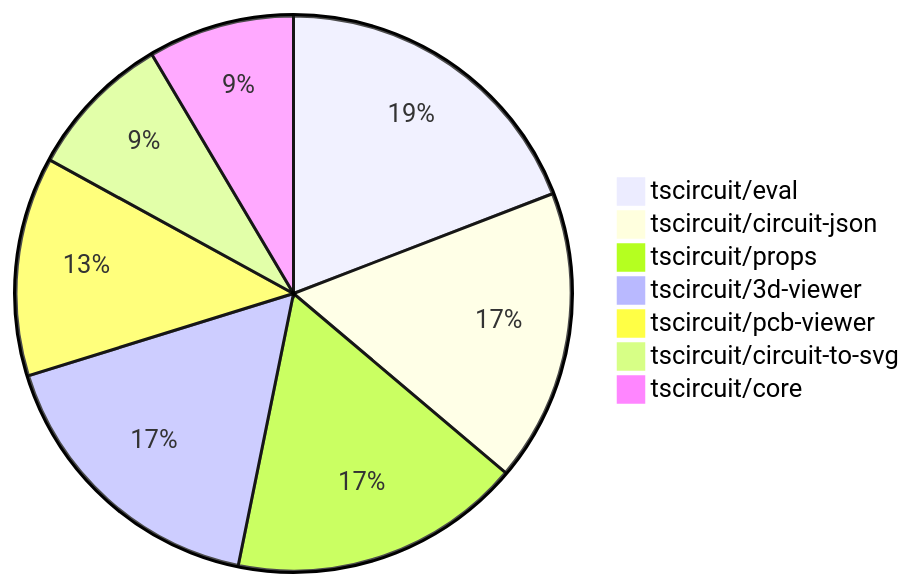
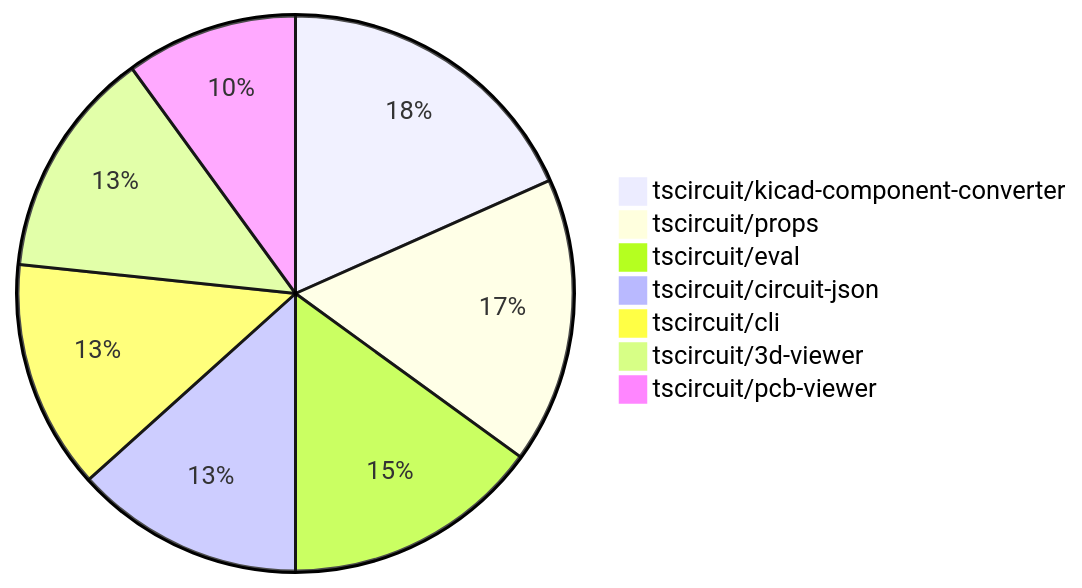
One commit to tscircuit/contribution-tracker changed the second of 2 diagrams in contribution-overviews/2025-09-10.md. Above: the diagram before and after it, drawn with Mermaid. The commit also changed other lines of this file and 3 other files, not shown here.

````diff
--- a/contribution-overviews/2025-09-10.md
+++ b/contribution-overviews/2025-09-10.md
@@ -65,10 +74,10 @@
 ```mermaid
 pie
+    "tscircuit/kicad-component-converter" : 11
+    "tscircuit/props" : 10
     "tscircuit/eval" : 9
     "tscircuit/circuit-json" : 8
-    "tscircuit/props" : 8
+    "tscircuit/cli" : 8
     "tscircuit/3d-viewer" : 8
     "tscircuit/pcb-viewer" : 6
-    "tscircuit/circuit-to-svg" : 4
-    "tscircuit/core" : 4
 ```
````
